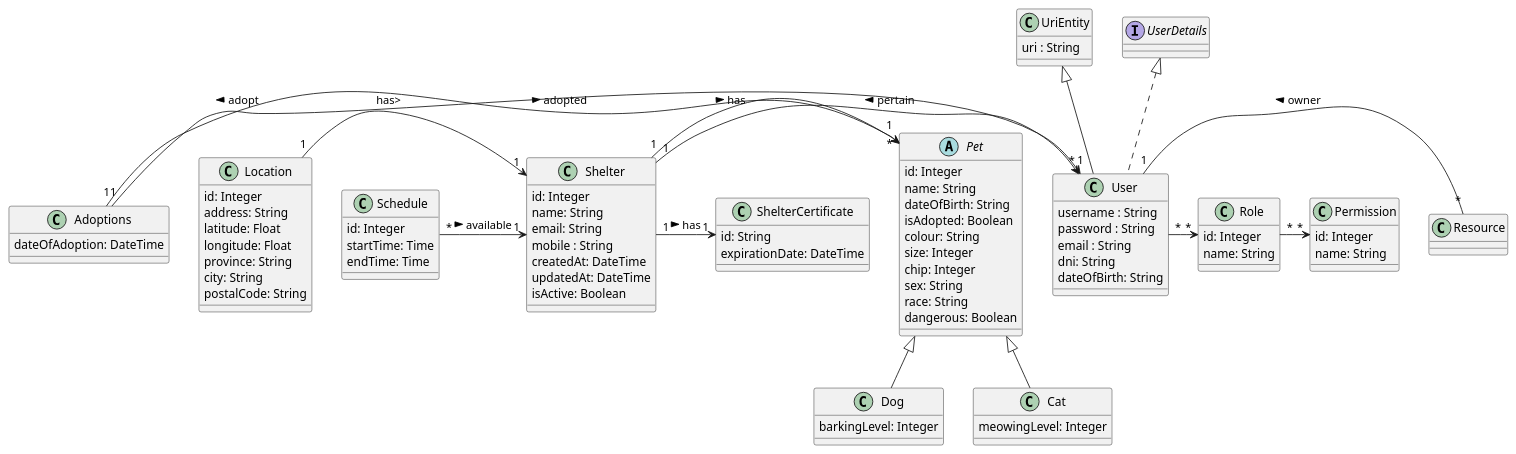
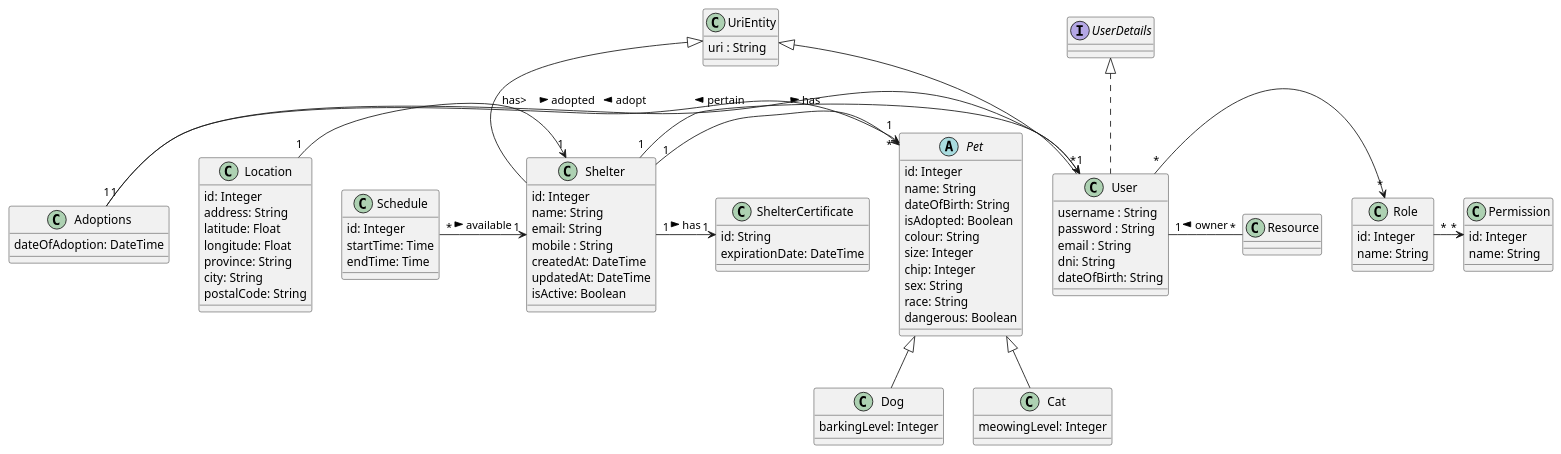
The diagram in EntitiesModel.puml (UdL-EPS-SoftArch/mypets-geiade-api), drawn with PlantUML before and after one commit. The commit also changed 1 other file, not shown here.

Commit message:
Added new class Shelter

```diff
--- a/EntitiesModel.puml
+++ b/EntitiesModel.puml
@@ -1,93 +1,93 @@
 @startuml
 class User extends UriEntity implements UserDetails {
   username : String
   password : String
   email : String
   dni: String
   dateOfBirth: String
 }
 
 
 class UriEntity {
   uri : String
 }
 abstract class Pet{
   id: Integer
   name: String
   dateOfBirth: String
   isAdopted: Boolean
   colour: String
   size: Integer
   chip: Integer
   sex: String
   race: String
   dangerous: Boolean
 }
 class Dog extends Pet {
     barkingLevel: Integer
 }
 
 class Cat extends Pet {
     meowingLevel: Integer
 }
 
-class Shelter {
+class Shelter extends UriEntity{
   id: Integer
   name: String
   email: String
   mobile : String
   createdAt: DateTime
   updatedAt: DateTime
   isActive: Boolean
 }
 
 class Location {
  id: Integer
  address: String
  latitude: Float
  longitude: Float
  province: String
  city: String
  postalCode: String
 }
 
 class ShelterCertificate {
   id: String
   expirationDate: DateTime
 }
 
 class Schedule {
     id: Integer
     startTime: Time
     endTime: Time
 }
 
 class Adoptions {
     dateOfAdoption: DateTime
 }
 
 class Role {
     id: Integer
     name: String
 }
 
 class Permission {
     id: Integer
     name: String
 }
 
 
 User "1" --right-- "*" Resource : owner <
 Location "1" -> "1" Shelter : has>
 Shelter "1" -> "*" User : < pertain
 Shelter "1" -> "*" Pet : has >
 Shelter "1" -> "1" ShelterCertificate : has >
 Schedule "*" -> "1" Shelter :available >
 
 Adoptions "1" -> "1" Pet :adopted >
 Adoptions "1" -> "1" User :adopt <
 
 User "*" -> "*" Role
 Role "*" -> "*" Permission
 
 @enduml
```
